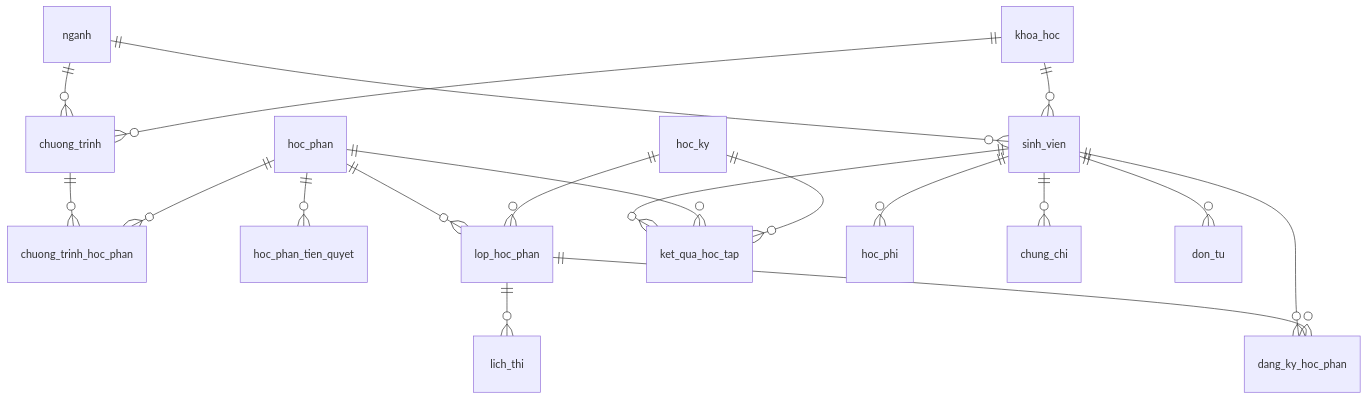
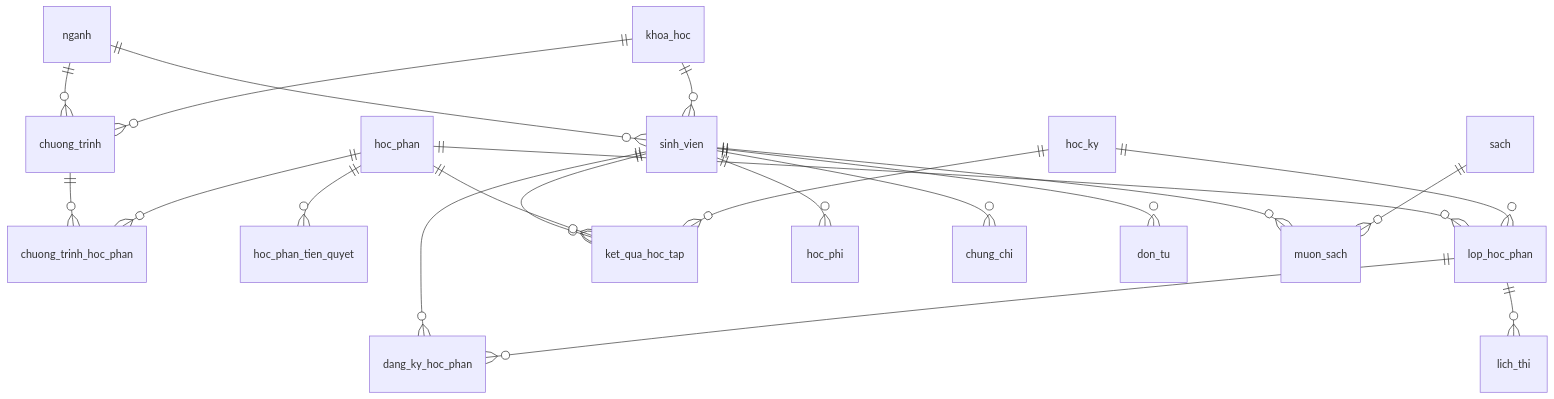
The first of 2 diagrams in docs/03-co-so-du-lieu.md (vuduytien2005/tro_ly_hoc_vu), drawn with Mermaid before and after one commit. The commit also changed other lines of this file and 9 other files, not shown here.

````diff
--- a/docs/03-co-so-du-lieu.md
+++ b/docs/03-co-so-du-lieu.md
@@ -48,21 +48,23 @@
 ```mermaid
 erDiagram
     nganh ||--o{ sinh_vien : ""
     khoa_hoc ||--o{ sinh_vien : ""
     nganh ||--o{ chuong_trinh : ""
     khoa_hoc ||--o{ chuong_trinh : ""
     chuong_trinh ||--o{ chuong_trinh_hoc_phan : ""
     hoc_phan ||--o{ chuong_trinh_hoc_phan : ""
     hoc_phan ||--o{ hoc_phan_tien_quyet : ""
     hoc_phan ||--o{ lop_hoc_phan : ""
     hoc_ky ||--o{ lop_hoc_phan : ""
     sinh_vien ||--o{ dang_ky_hoc_phan : ""
     lop_hoc_phan ||--o{ dang_ky_hoc_phan : ""
     lop_hoc_phan ||--o{ lich_thi : ""
     sinh_vien ||--o{ ket_qua_hoc_tap : ""
     hoc_phan ||--o{ ket_qua_hoc_tap : ""
     hoc_ky ||--o{ ket_qua_hoc_tap : ""
     sinh_vien ||--o{ hoc_phi : ""
     sinh_vien ||--o{ chung_chi : ""
     sinh_vien ||--o{ don_tu : ""
+    sinh_vien ||--o{ muon_sach : ""
+    sach ||--o{ muon_sach : ""
 ```
````
